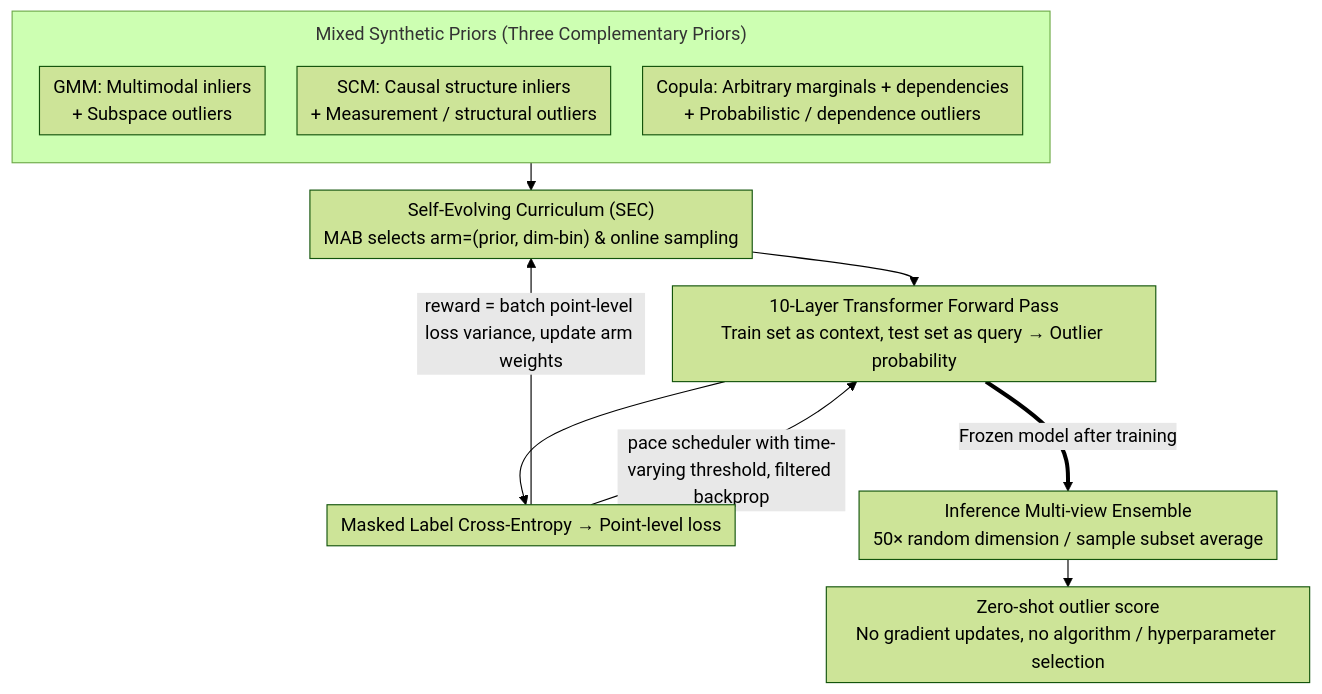
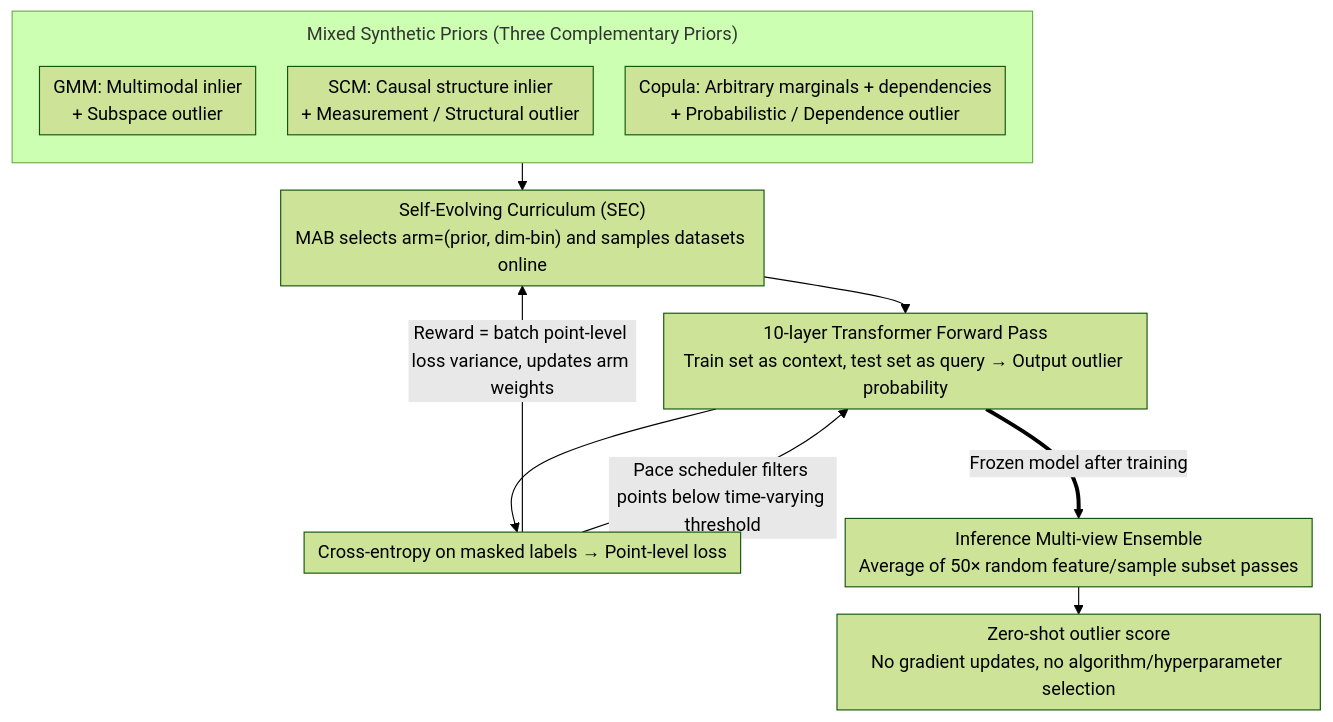
One commit to zhaoyang97/Paper-Notes-en changed the diagram in docs/ICML2026/self_supervised/from_zero_to_hero_advancing_zero-shot_foundation_models_for_tabular_outlier_dete.md. Above: the diagram before and after it, drawn with Mermaid (forest theme). The commit also changed other lines of this file and 5084 other files, not shown here.

````diff
--- a/docs/ICML2026/self_supervised/from_zero_to_hero_advancing_zero-shot_foundation_models_for_tabular_outlier_dete.md
+++ b/docs/ICML2026/self_supervised/from_zero_to_hero_advancing_zero-shot_foundation_models_for_tabular_outlier_dete.md
@@ -43,17 +43,17 @@
 ```mermaid
 %%{init: {'flowchart': {'rankSpacing': 24, 'nodeSpacing': 28, 'padding': 6, 'wrappingWidth': 400, 'subGraphTitleMargin': {'top': 8, 'bottom': 16}}}}%%
 flowchart TD
     subgraph PRIOR["Mixed Synthetic Priors (Three Complementary Priors)"]
         direction TB
-        P1["GMM: Multimodal inliers<br/>+ Subspace outliers"]
-        P2["SCM: Causal structure inliers<br/>+ Measurement / structural outliers"]
-        P3["Copula: Arbitrary marginals + dependencies<br/>+ Probabilistic / dependence outliers"]
+        P1["GMM: Multimodal inlier<br/>+ Subspace outlier"]
+        P2["SCM: Causal structure inlier<br/>+ Measurement / Structural outlier"]
+        P3["Copula: Arbitrary marginals + dependencies<br/>+ Probabilistic / Dependence outlier"]
     end
-    PRIOR --> MAB["Self-Evolving Curriculum (SEC)<br/>MAB selects arm=(prior, dim-bin) & online sampling"]
-    MAB --> FWD["10-Layer Transformer Forward Pass<br/>Train set as context, test set as query → Outlier probability"]
-    FWD --> LOSS["Masked Label Cross-Entropy → Point-level loss"]
-    LOSS -->|reward = batch point-level loss variance, update arm weights| MAB
-    LOSS -->|pace scheduler with time-varying threshold, filtered backprop| FWD
-    FWD ==>|Frozen model after training| ENS["Inference Multi-view Ensemble<br/>50× random dimension / sample subset average"]
-    ENS --> OUT["Zero-shot outlier score<br/>No gradient updates, no algorithm / hyperparameter selection"]
+    PRIOR --> MAB["Self-Evolving Curriculum (SEC)<br/>MAB selects arm=(prior, dim-bin) and samples datasets online"]
+    MAB --> FWD["10-layer Transformer Forward Pass<br/>Train set as context, test set as query → Output outlier probability"]
+    FWD --> LOSS["Cross-entropy on masked labels → Point-level loss"]
+    LOSS -->|Reward = batch point-level loss variance, updates arm weights| MAB
+    LOSS -->|Pace scheduler filters points below time-varying threshold| FWD
+    FWD ==>|Frozen model after training| ENS["Inference Multi-view Ensemble<br/>Average of 50× random feature/sample subset passes"]
+    ENS --> OUT["Zero-shot outlier score<br/>No gradient updates, no algorithm/hyperparameter selection"]
 ```
````
